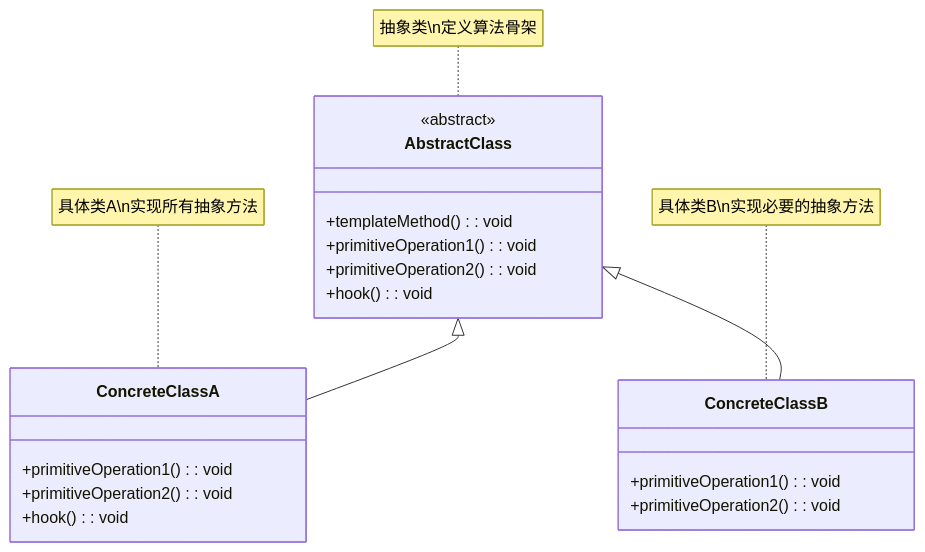
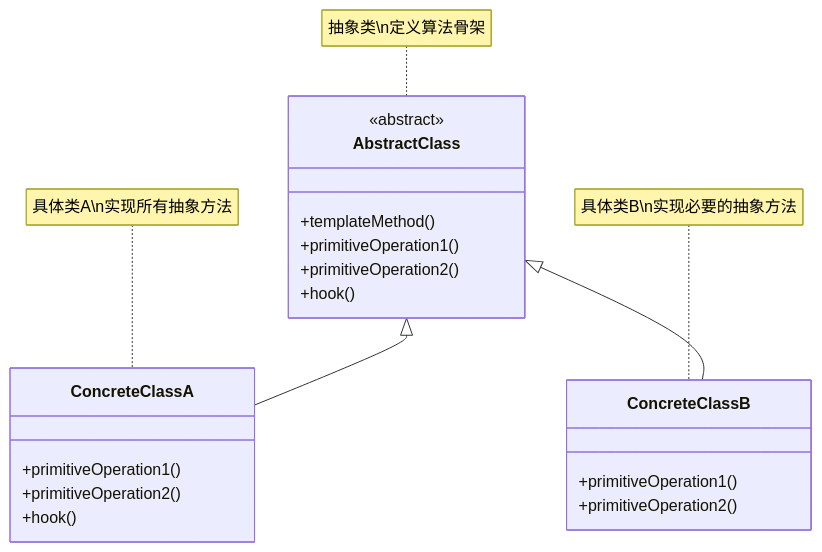
The first of 7 diagrams in resources/design-patterns/laravel/behavioral/template_method_zh.md (fanly/DesignPattern), drawn with Mermaid before and after one commit. The commit also changed other lines of this file and 103 other files, not shown here.

````diff
--- a/resources/design-patterns/laravel/behavioral/template_method_zh.md
+++ b/resources/design-patterns/laravel/behavioral/template_method_zh.md
@@ -10,28 +10,28 @@
 ```mermaid
 classDiagram
     class AbstractClass {
         <<abstract>>
-        +templateMethod(): void
-        +primitiveOperation1(): void
-        +primitiveOperation2(): void
-        +hook(): void
+        +templateMethod()
+        +primitiveOperation1()
+        +primitiveOperation2()
+        +hook()
     }
     
     class ConcreteClassA {
-        +primitiveOperation1(): void
-        +primitiveOperation2(): void
-        +hook(): void
+        +primitiveOperation1()
+        +primitiveOperation2()
+        +hook()
     }
     
     class ConcreteClassB {
-        +primitiveOperation1(): void
-        +primitiveOperation2(): void
+        +primitiveOperation1()
+        +primitiveOperation2()
     }
     
     AbstractClass <|-- ConcreteClassA
     AbstractClass <|-- ConcreteClassB
     
     note for AbstractClass "抽象类\n定义算法骨架"
     note for ConcreteClassA "具体类A\n实现所有抽象方法"
     note for ConcreteClassB "具体类B\n实现必要的抽象方法"
 ```
````
